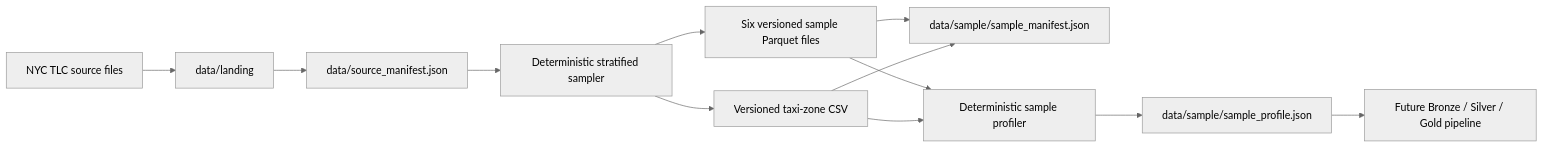
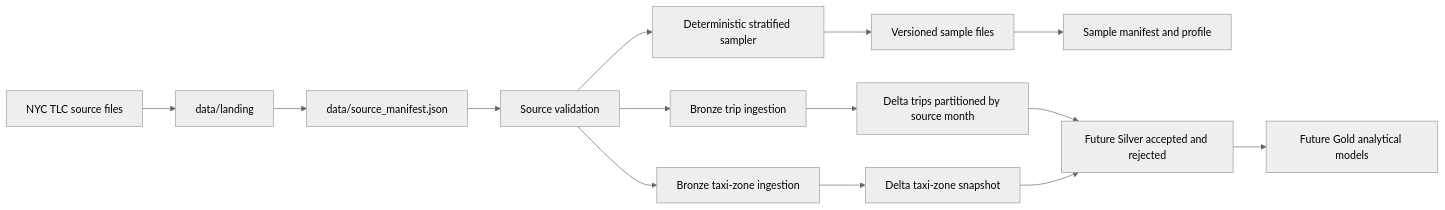
Before and after one commit to theodev23/nyc-taxi-lakehouse-pyspark-databricks: the diagram in README.md, drawn with Mermaid (neutral theme). The commit also changed other lines of this file and 17 other files, not shown here.

Commit message:
Implement Bronze Delta ingestion

````diff
--- a/README.md
+++ b/README.md
@@ -54,14 +58,19 @@
 ```mermaid
 flowchart LR
     A[NYC TLC source files] --> B[data/landing]
     B --> C[data/source_manifest.json]
-    C --> D[Deterministic stratified sampler]
-    D --> E[Six versioned sample Parquet files]
-    D --> F[Versioned taxi-zone CSV]
-    E --> G[data/sample/sample_manifest.json]
-    F --> G
-    E --> H[Deterministic sample profiler]
-    F --> H
-    H --> I[data/sample/sample_profile.json]
-    I --> J[Future Bronze / Silver / Gold pipeline]
+    C --> D[Source validation]
+
+    D --> E[Bronze trip ingestion]
+    D --> F[Bronze taxi-zone ingestion]
+    E --> G[Delta trips partitioned by source month]
+    F --> H[Delta taxi-zone snapshot]
+
+    D --> I[Deterministic stratified sampler]
+    I --> J[Versioned sample files]
+    J --> K[Sample manifest and profile]
+
+    G --> L[Future Silver accepted and rejected]
+    H --> L
+    L --> M[Future Gold analytical models]
 ```
````
